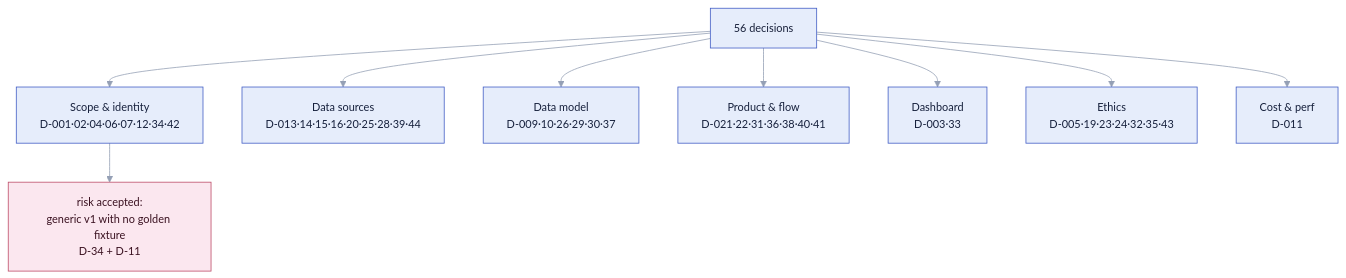
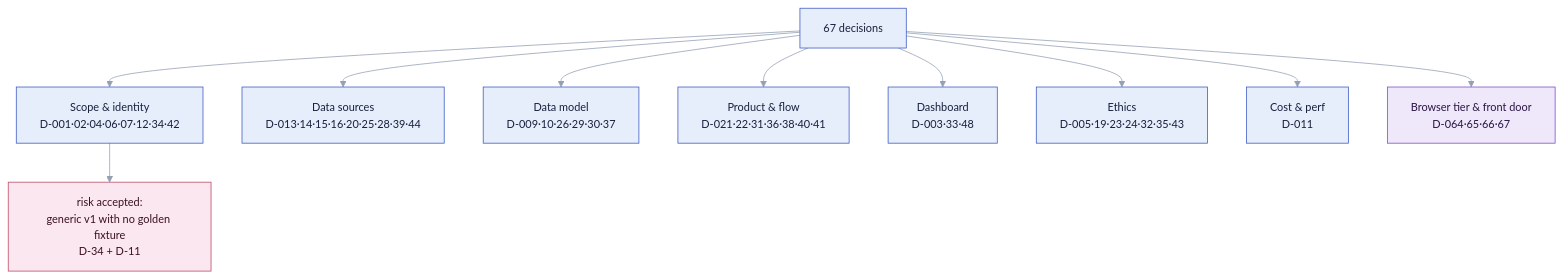
Before and after one commit to ahmedmahershaaban/supervisorly: diagram 12 of 12 in docs/design-atlas.md, drawn with Mermaid. The commit also changed other lines of this file and 3 other files, not shown here.

First line of the commit message:
B7: update design-atlas artifacts to the shipped reality + dashboard diagram

````diff
--- a/docs/design-atlas.md
+++ b/docs/design-atlas.md
@@ -385,19 +600,22 @@
 ```mermaid
 %%{init:{'theme':'base','themeVariables':{'fontFamily':'ui-sans-serif,system-ui,sans-serif','fontSize':'14px','primaryColor':'#e6edfb','primaryBorderColor':'#3f5bc4','primaryTextColor':'#18203a','lineColor':'#95a0b5','secondaryColor':'#eef1f6','tertiaryColor':'#f6f8fb','clusterBkg':'#f6f8fb','clusterBorder':'#cbd3e2'}}}%%
 flowchart TD
-  ROOT["56 decisions"]
+  ROOT["67 decisions"]
   ROOT --> SCOPE["Scope & identity<br/>D-001·02·04·06·07·12·34·42"]
   ROOT --> SRC["Data sources<br/>D-013·14·15·16·20·25·28·39·44"]
   ROOT --> DATA["Data model<br/>D-009·10·26·29·30·37"]
   ROOT --> PROD["Product & flow<br/>D-021·22·31·36·38·40·41"]
-  ROOT --> DASH["Dashboard<br/>D-003·33"]
+  ROOT --> DASH["Dashboard<br/>D-003·33·48"]
   ROOT --> ETH["Ethics<br/>D-005·19·23·24·32·35·43"]
   ROOT --> COST["Cost & perf<br/>D-011"]
+  ROOT --> FRONT["Browser tier & front door<br/>D-064·65·66·67"]
 
   SCOPE --> RISK["risk accepted:<br/>generic v1 with no golden fixture<br/>D-34 + D-11"]
 
   classDef tool fill:#e6edfb,stroke:#3f5bc4,color:#16203c;
+  classDef agentv fill:#efe7fa,stroke:#7c4fc4,color:#2a1544;
   classDef human fill:#fbe7ef,stroke:#bd4a66,color:#3a1120;
   class SCOPE,SRC,DATA,PROD,DASH,ETH,COST tool
+  class FRONT agentv
   class RISK human
 ```
````
